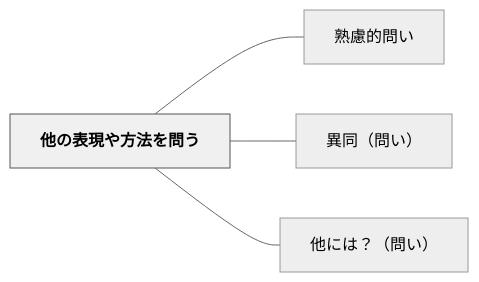
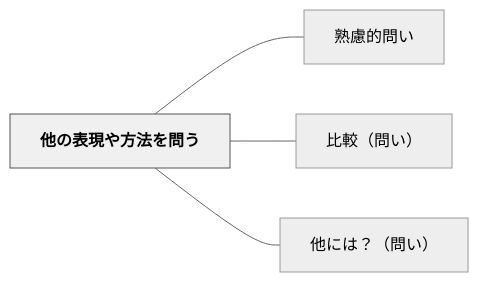
The diagram in content/パタン/他の表現や方法を問う.md (unknownthings-ed-patterns/unknownthings-ed-patterns), drawn with Mermaid (neutral theme) before and after one commit. The commit also changed other lines of this file and 9 other files, not shown here.

````diff
--- a/content/パタン/他の表現や方法を問う.md
+++ b/content/パタン/他の表現や方法を問う.md
@@ -48,14 +48,14 @@
 ```mermaid
 flowchart LR
     ne4bb96e381aee8a1a8e78fbee38284e696b9e6b395e38292e5958fe38186["他の表現や方法を問う"]
     ne7869fe685aee79a84e5958fe38184["熟慮的問い"]
-    ne795b0e5908cefbc88e5958fe38184efbc89["異同（問い）"]
+    ne6af94e8bc83efbc88e5958fe38184efbc89["比較（問い）"]
     ne4bb96e381abe381afefbc9fefbc88e5958fe38184efbc89["他には？（問い）"]
 
     ne4bb96e381aee8a1a8e78fbee38284e696b9e6b395e38292e5958fe38186 --- ne7869fe685aee79a84e5958fe38184
-    ne4bb96e381aee8a1a8e78fbee38284e696b9e6b395e38292e5958fe38186 --- ne795b0e5908cefbc88e5958fe38184efbc89
+    ne4bb96e381aee8a1a8e78fbee38284e696b9e6b395e38292e5958fe38186 --- ne6af94e8bc83efbc88e5958fe38184efbc89
     ne4bb96e381aee8a1a8e78fbee38284e696b9e6b395e38292e5958fe38186 --- ne4bb96e381abe381afefbc9fefbc88e5958fe38184efbc89
 
     classDef hub fill:#f0f0f0,stroke:#555,color:#000,font-weight:bold
     class ne4bb96e381aee8a1a8e78fbee38284e696b9e6b395e38292e5958fe38186 hub
 ```
````
